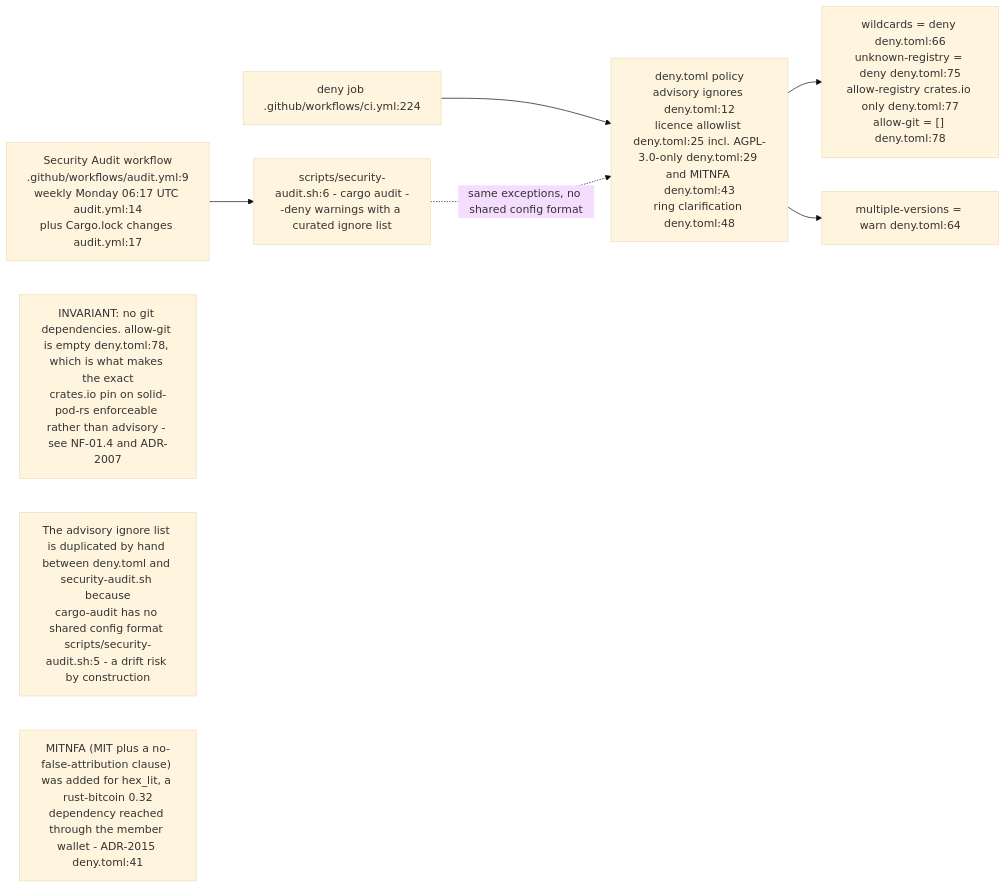
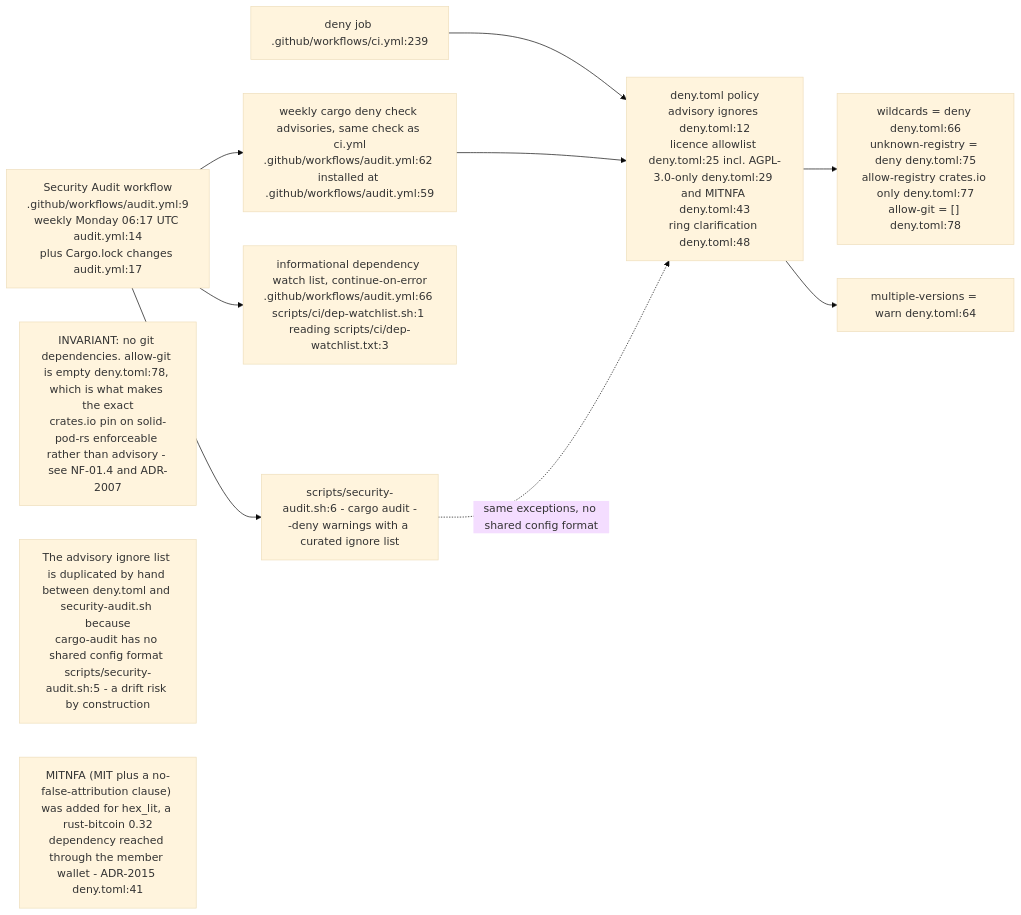
The second of 9 diagrams in docs/diagrams/nostr-rust-forum/09-ci-deploy-canary-and-validation.md (DreamLab-AI/VisionFlow), drawn with Mermaid (base theme) before and after one commit. The commit also changed other lines of this file and 160 other files, not shown here.

````diff
--- a/docs/diagrams/nostr-rust-forum/09-ci-deploy-canary-and-validation.md
+++ b/docs/diagrams/nostr-rust-forum/09-ci-deploy-canary-and-validation.md
@@ -66,18 +73,22 @@
 ```mermaid
 flowchart LR
-    DENYJ["deny job .github/workflows/ci.yml:224"]
+    DENYJ["deny job .github/workflows/ci.yml:239"]
     AUD["Security Audit workflow<br/>.github/workflows/audit.yml:9<br/>weekly Monday 06:17 UTC audit.yml:14<br/>plus Cargo.lock changes audit.yml:17"]
+    AUDD["weekly cargo deny check advisories, same check as ci.yml<br/>.github/workflows/audit.yml:62 installed at .github/workflows/audit.yml:59"]
+    DEPW["informational dependency watch list, continue-on-error<br/>.github/workflows/audit.yml:66 scripts/ci/dep-watchlist.sh:1 reading scripts/ci/dep-watchlist.txt:3"]
     SH["scripts/security-audit.sh:6 - cargo audit --deny warnings with a curated ignore list"]
     POL["deny.toml policy<br/>advisory ignores deny.toml:12<br/>licence allowlist deny.toml:25 incl. AGPL-3.0-only deny.toml:29 and MITNFA deny.toml:43<br/>ring clarification deny.toml:48"]
     HARD["wildcards = deny deny.toml:66<br/>unknown-registry = deny deny.toml:75<br/>allow-registry crates.io only deny.toml:77<br/>allow-git = [] deny.toml:78"]
     SOFT["multiple-versions = warn deny.toml:64"]
 
     DENYJ --> POL --> HARD
     POL --> SOFT
     AUD --> SH
+    AUD --> AUDD --> POL
+    AUD --> DEPW
     SH -.->|"same exceptions, no shared config format"| POL
 
     N1["INVARIANT: no git dependencies. allow-git is empty deny.toml:78, which is what makes the exact<br/>crates.io pin on solid-pod-rs enforceable rather than advisory - see NF-01.4 and ADR-2007"]
     N2["The advisory ignore list is duplicated by hand between deny.toml and security-audit.sh because<br/>cargo-audit has no shared config format scripts/security-audit.sh:5 - a drift risk by construction"]
     N3["MITNFA (MIT plus a no-false-attribution clause) was added for hex_lit, a rust-bitcoin 0.32<br/>dependency reached through the member wallet - ADR-2015 deny.toml:41"]
 ```
````
